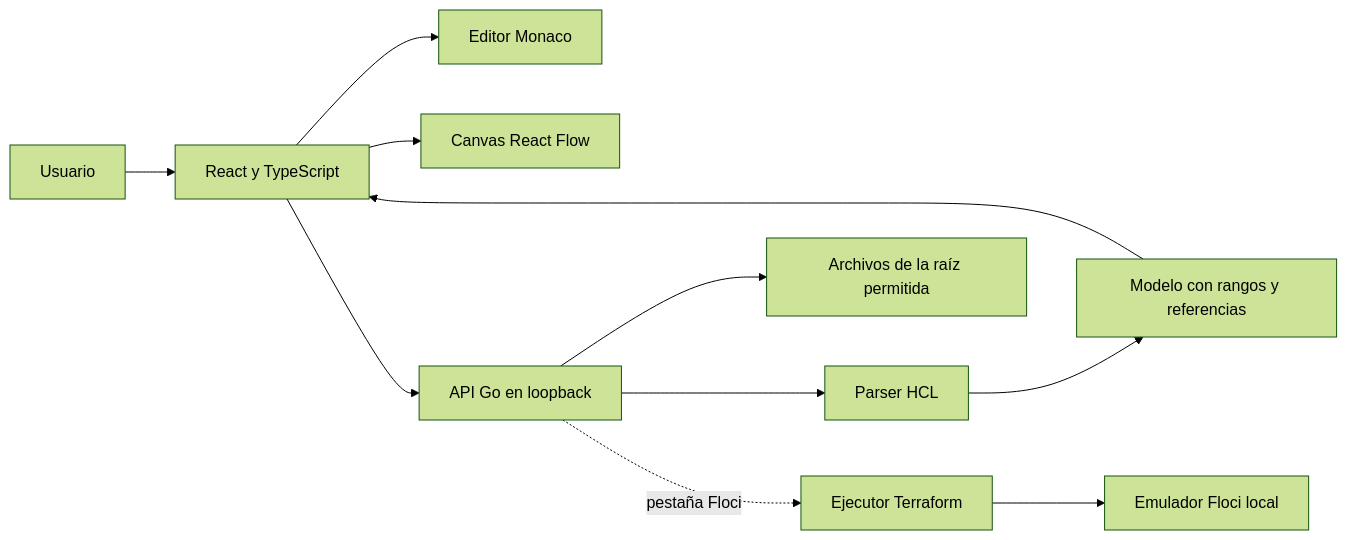
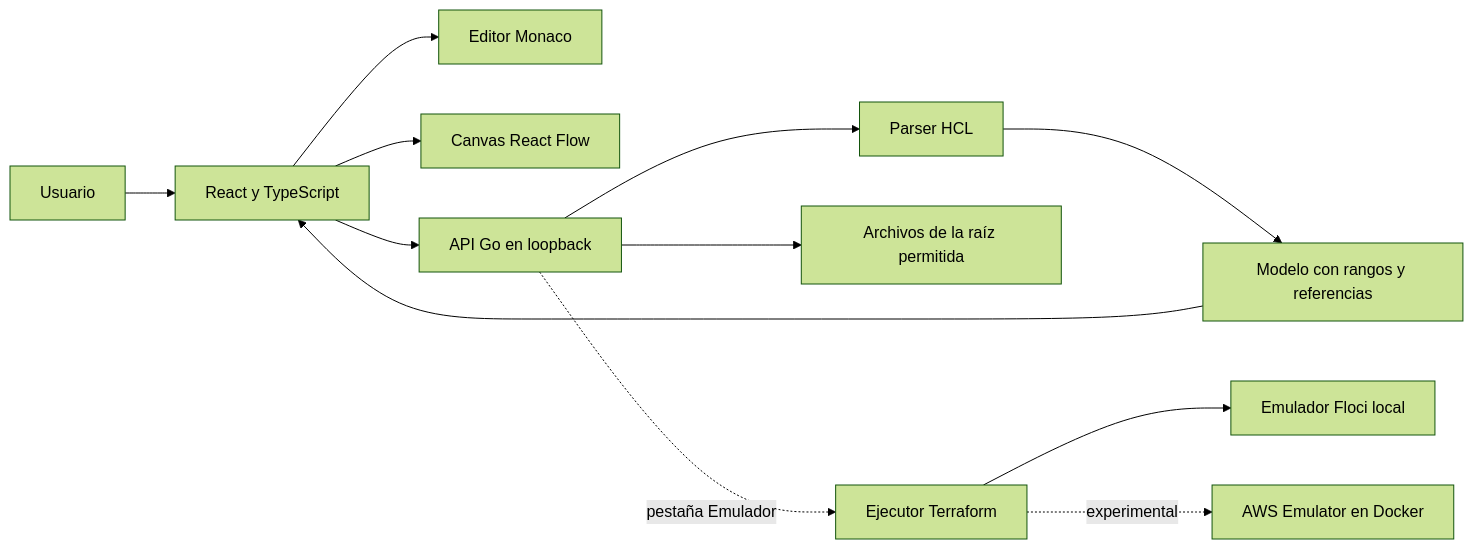
Before and after one commit to RenzoAL7/TerraDock: the diagram in docs/architecture.md, drawn with Mermaid (forest theme). The commit also changed other lines of this file and 25 other files, not shown here.

First line of the commit message:
feat: add the official AWS Emulator as an experimental option next to Floci

````diff
--- a/docs/architecture.md
+++ b/docs/architecture.md
@@ -5,13 +5,14 @@
 ```mermaid
 flowchart LR
   User[Usuario] --> UI[React y TypeScript]
   UI --> Editor[Editor Monaco]
   UI --> Canvas[Canvas React Flow]
   UI --> API[API Go en loopback]
   API --> Parser[Parser HCL]
   API --> FS[Archivos de la raíz permitida]
   Parser --> Model[Modelo con rangos y referencias]
   Model --> UI
-  API -. pestaña Floci .-> Runner[Ejecutor Terraform]
+  API -. pestaña Emulador .-> Runner[Ejecutor Terraform]
   Runner --> Floci[Emulador Floci local]
+  Runner -. experimental .-> AWSEmu[AWS Emulator en Docker]
 ```
````
